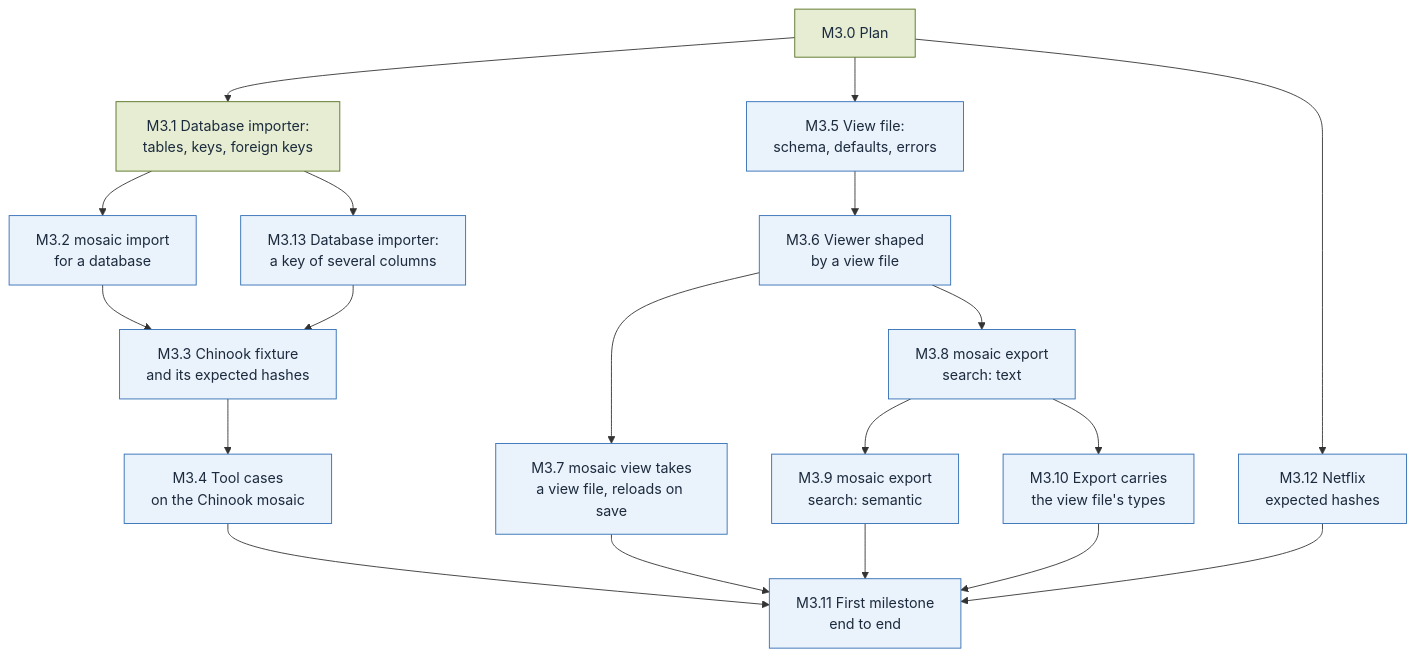
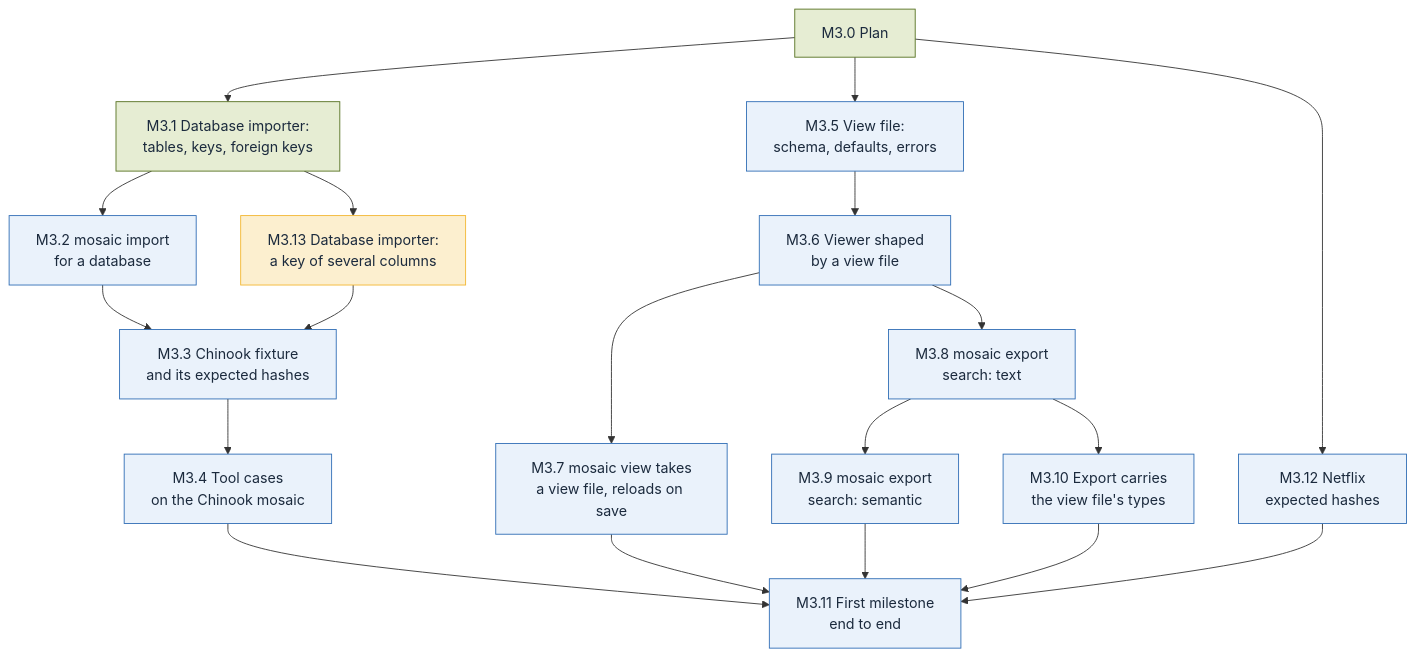
Before and after one commit to alcjor/Mosaic: the diagram in plan/M3.md, drawn with Mermaid.

Commit message:
M3.13: plan: parked on the maintainer's question
Claude-Session: https://claude.ai/code/session_01KJNfPsMHdXkd5nuaed3s2d

````diff
--- a/plan/M3.md
+++ b/plan/M3.md
@@ -3,40 +3,41 @@
 ```mermaid
 flowchart TD
   M3_0["M3.0 Plan"]
   M3_1["M3.1 Database importer:<br/>tables, keys, foreign keys"]
   M3_2["M3.2 mosaic import<br/>for a database"]
   M3_3["M3.3 Chinook fixture<br/>and its expected hashes"]
   M3_4["M3.4 Tool cases<br/>on the Chinook mosaic"]
   M3_5["M3.5 View file:<br/>schema, defaults, errors"]
   M3_6["M3.6 Viewer shaped<br/>by a view file"]
   M3_7["M3.7 mosaic view takes<br/>a view file, reloads on save"]
   M3_8["M3.8 mosaic export<br/>search: text"]
   M3_9["M3.9 mosaic export<br/>search: semantic"]
   M3_10["M3.10 Export carries<br/>the view file's types"]
   M3_11["M3.11 First milestone<br/>end to end"]
   M3_12["M3.12 Netflix<br/>expected hashes"]
   M3_13["M3.13 Database importer:<br/>a key of several columns"]
   M3_0 --> M3_1
   M3_1 --> M3_2
   M3_2 --> M3_3
   M3_3 --> M3_4
   M3_0 --> M3_5
   M3_5 --> M3_6
   M3_6 --> M3_7
   M3_6 --> M3_8
   M3_8 --> M3_9
   M3_8 --> M3_10
   M3_4 --> M3_11
   M3_7 --> M3_11
   M3_9 --> M3_11
   M3_10 --> M3_11
   M3_0 --> M3_12
   M3_12 --> M3_11
   M3_1 --> M3_13
   M3_13 --> M3_3
   classDef done fill:#E6EDD3,stroke:#55701F,color:#1B2A3D
   classDef todo fill:#EAF2FB,stroke:#2F6DB5,color:#1B2A3D
   classDef parked fill:#FCEFCF,stroke:#F2B630,color:#1B2A3D
   class M3_0,M3_1 done
-  class M3_2,M3_3,M3_4,M3_5,M3_6,M3_7,M3_8,M3_9,M3_10,M3_11,M3_12,M3_13 todo
+  class M3_2,M3_3,M3_4,M3_5,M3_6,M3_7,M3_8,M3_9,M3_10,M3_11,M3_12 todo
+  class M3_13 parked
 ```
````
